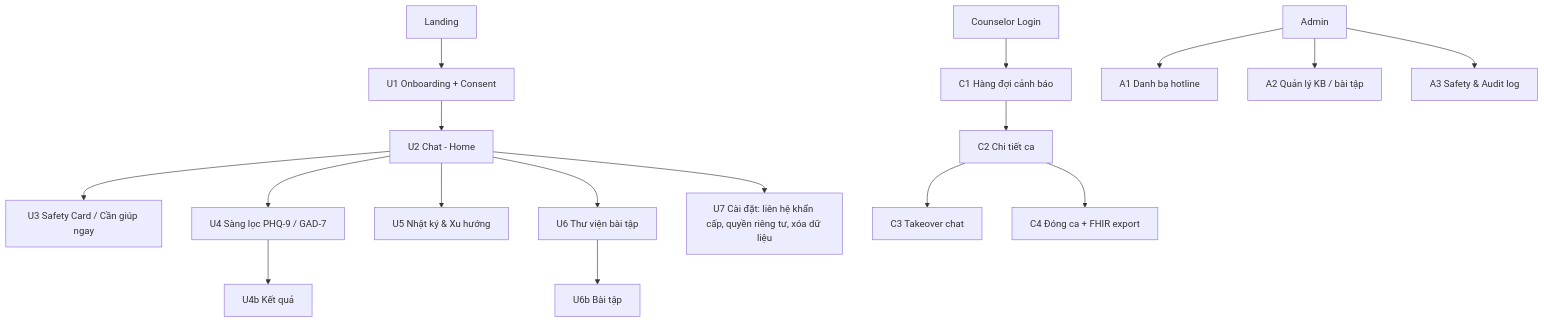
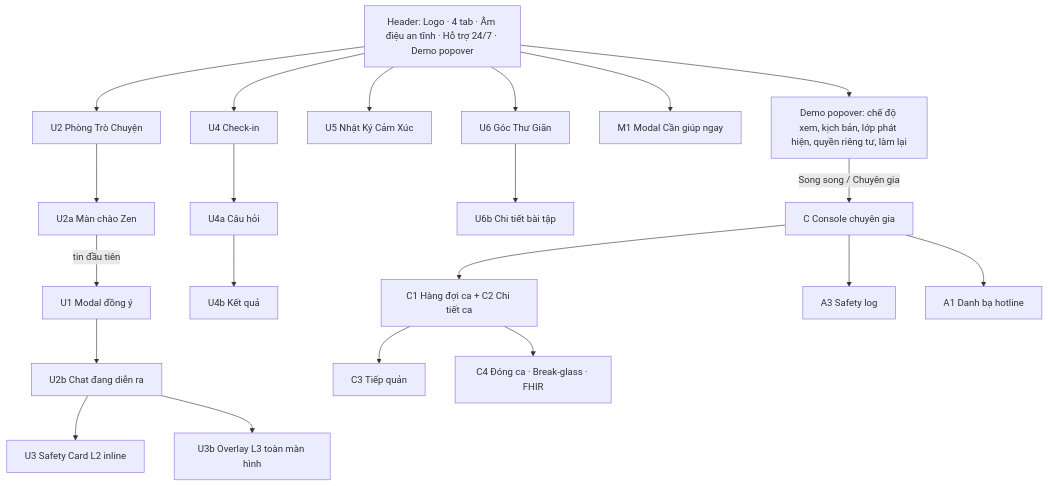
The first of 6 diagrams in docs/03-WIREFRAME-UI-FLOW.md (Quangvu256/demo-buildphase), drawn with Mermaid before and after one commit. The commit also changed other lines of this file and 2 other files, not shown here.

Commit message:
docs: add wireframe documentation and AI log session for Gate 1

````diff
--- a/docs/03-WIREFRAME-UI-FLOW.md
+++ b/docs/03-WIREFRAME-UI-FLOW.md
@@ -21,21 +25,25 @@
 ```mermaid
 flowchart TD
-  ROOT[Landing] --> ONB[U1 Onboarding + Consent]
-  ONB --> HOME[U2 Chat - Home]
-  HOME --> SOS[U3 Safety Card / Cần giúp ngay]
-  HOME --> SCR[U4 Sàng lọc PHQ-9 / GAD-7]
-  HOME --> JOUR[U5 Nhật ký & Xu hướng]
-  HOME --> LIB[U6 Thư viện bài tập]
-  HOME --> SET[U7 Cài đặt: liên hệ khẩn cấp, quyền riêng tư, xóa dữ liệu]
-  SCR --> RES[U4b Kết quả]
-  LIB --> PLAY[U6b Bài tập]
+  H[Header: Logo · 4 tab · Âm điệu an tĩnh · Hỗ trợ 24/7 · Demo popover]
+  H --> CHAT[U2 Phòng Trò Chuyện]
+  H --> EX[U6 Góc Thư Giãn]
+  H --> JOUR[U5 Nhật Ký Cảm Xúc]
+  H --> CI[U4 Check-in]
+  H --> SOS[M1 Modal Cần giúp ngay]
+  H --> POP[Demo popover: chế độ xem, kịch bản, lớp phát hiện, quyền riêng tư, làm lại]
 
-  CROOT[Counselor Login] --> CQ[C1 Hàng đợi cảnh báo]
-  CQ --> CD[C2 Chi tiết ca]
-  CD --> CT[C3 Takeover chat]
-  CD --> CF[C4 Đóng ca + FHIR export]
+  CHAT --> ZEN[U2a Màn chào Zen]
+  ZEN -->|tin đầu tiên| CONS[U1 Modal đồng ý]
+  CONS --> ACT[U2b Chat đang diễn ra]
+  ACT --> SC2[U3 Safety Card L2 inline]
+  ACT --> SC3[U3b Overlay L3 toàn màn hình]
+  CI --> CIQ[U4a Câu hỏi] --> CIR[U4b Kết quả]
+  EX --> EXD[U6b Chi tiết bài tập]
 
-  AROOT[Admin] --> AH[A1 Danh bạ hotline]
-  AROOT --> AK[A2 Quản lý KB / bài tập]
-  AROOT --> AS[A3 Safety & Audit log]
+  POP -->|Song song / Chuyên gia| CON[C Console chuyên gia]
+  CON --> CQ[C1 Hàng đợi ca + C2 Chi tiết ca]
+  CQ --> CT[C3 Tiếp quản]
+  CQ --> CF[C4 Đóng ca · Break-glass · FHIR]
+  CON --> CL[A3 Safety log]
+  CON --> CH[A1 Danh bạ hotline]
 ```
````
